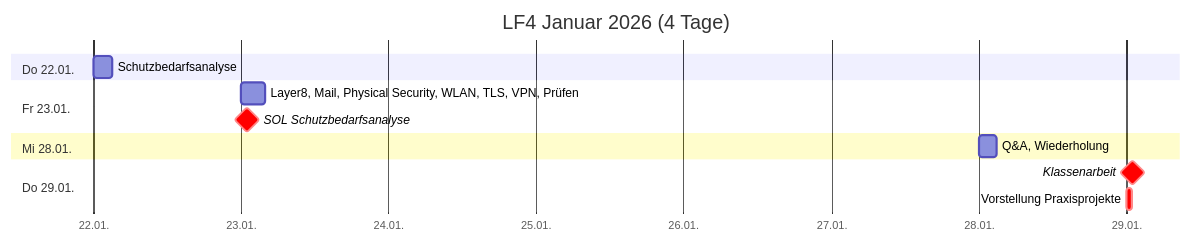
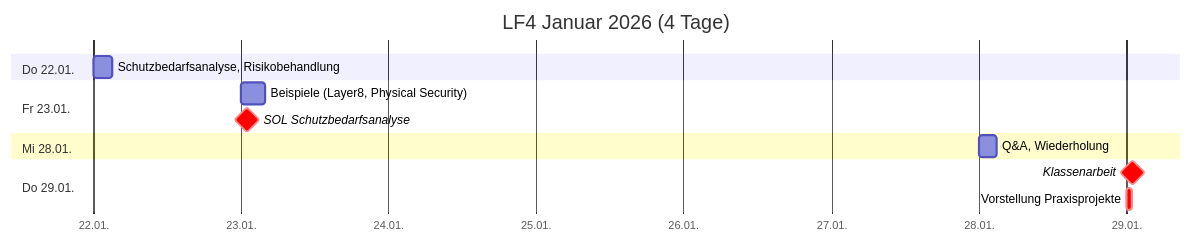
Before and after one commit to johannesloetzsch/LF4: the third of 4 diagrams in src/plan.md, drawn with Mermaid. The commit also changed other lines of this file and 1 other file, not shown here.

````diff
--- a/src/plan.md
+++ b/src/plan.md
@@ -37,16 +37,16 @@
 ```mermaid
 gantt
  title LF4 Januar 2026 (4 Tage)
  dateFormat YYYY-MM-DD
  axisFormat %d.%m.
  section Do 22.01.
-  Schutzbedarfsanalyse            :2025-01-22, 3h
+  Schutzbedarfsanalyse, Risikobehandlung  :2025-01-22, 3h
  section Fr 23.01.
-  Layer8, Mail, Physical Security, WLAN, TLS, VPN, Prüfen    :2025-01-23, 4h
+  Beispiele (Layer8, Physical Security)   :2025-01-23, 4h
   SOL Schutzbedarfsanalyse        :crit, milestone, 2025-01-23, 2h
  section Mi 28.01.
   Q&A, Wiederholung               :2025-01-28, 3h
  section Do 29.01.
   Klassenarbeit                   :crit, milestone, 2025-01-29, 2h
   Vorstellung Praxisprojekte      :crit, 2025-01-29, 1h
 ```
````
